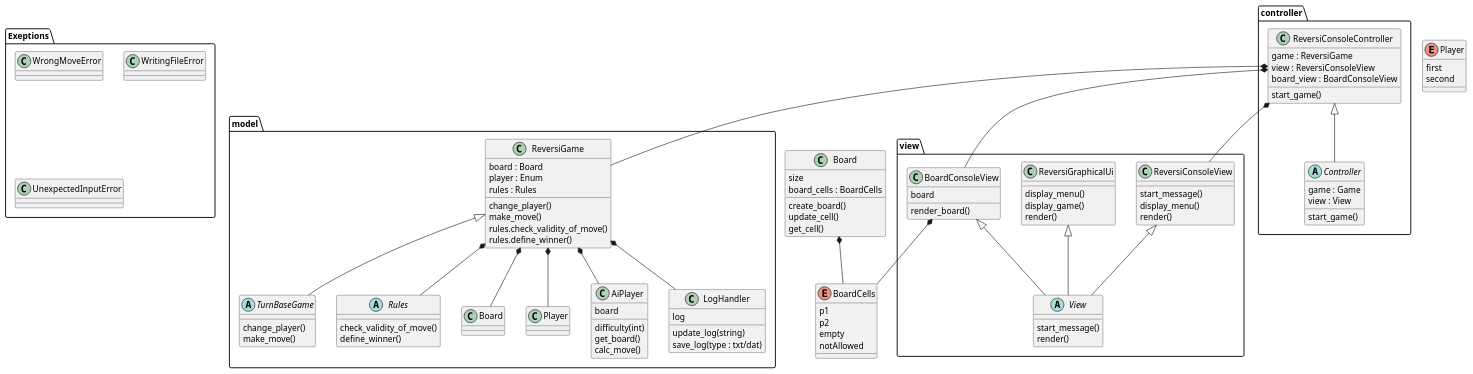
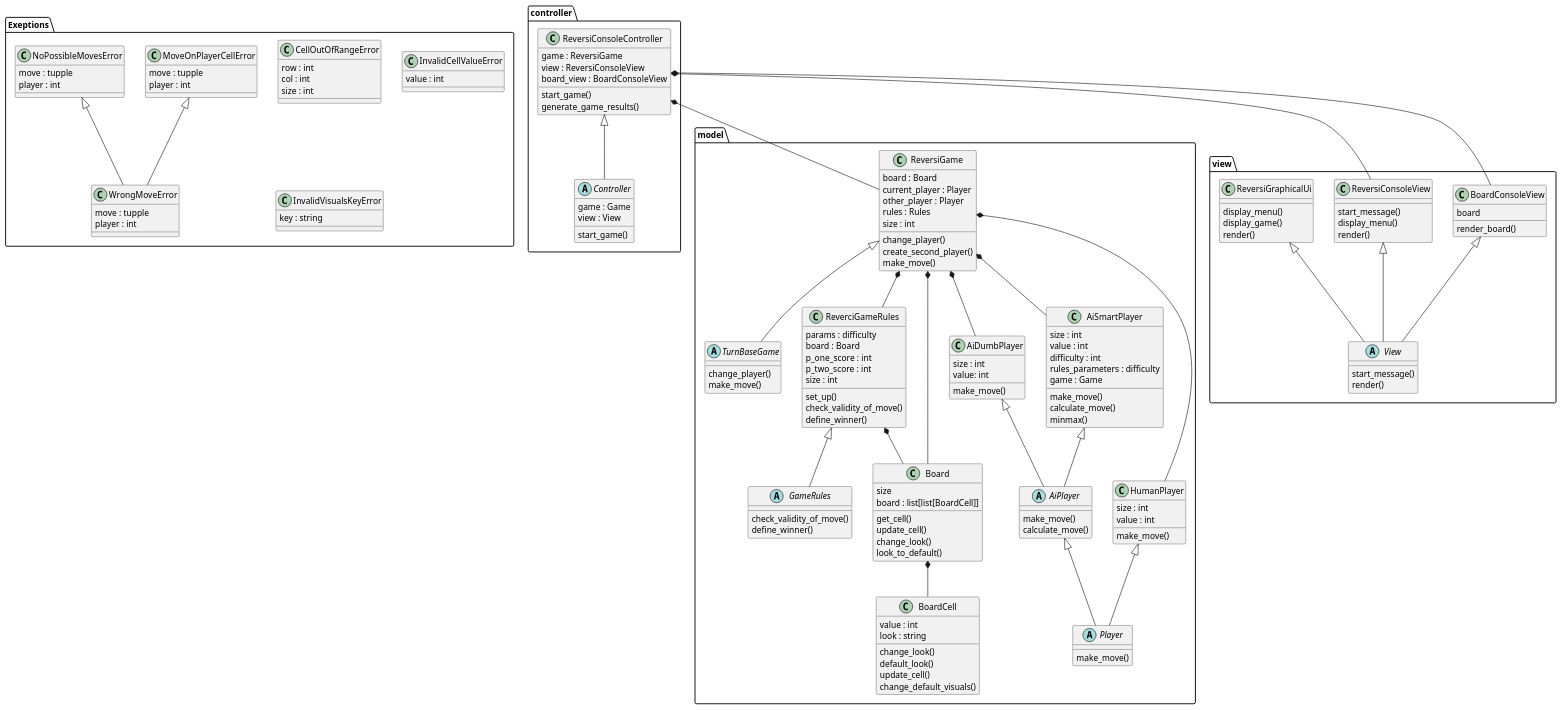
One commit to ImmIm/Brightcode_python_project changed the diagram in project.puml. Above: the diagram before and after it, drawn with PlantUML. The commit also changed 1 other file, not shown here.

Commit message:
Done refactoring diagramm v0.9

```diff
--- a/project.puml
+++ b/project.puml
@@ -7,40 +7,106 @@
     make_move()
     }
 
-    abstract class Rules {
+    abstract class GameRules {
     check_validity_of_move()
     define_winner()
     }
 
-    ReversiGame *-- Rules
-    ReversiGame <|-- TurnBaseGame
-    ReversiGame *-- Board
-    ReversiGame *-- Player
+    class ReverciGameRules {
+        params : difficulty
+        board : Board
+        p_one_score : int
+        p_two_score : int
+        size : int
+        set_up()
+        check_validity_of_move()
+        define_winner()
+    }
+
+    ReversiGame *-- ReverciGameRules
+    ReverciGameRules *-- Board
+    ReverciGameRules <|-- GameRules
 
     class ReversiGame {
         board : Board
-        player : Enum
+        current_player : Player
+        other_player : Player
         rules : Rules
+        size : int
         change_player()
+        create_second_player()
         make_move()
-        rules.check_validity_of_move()
-        rules.define_winner()
     }
 
-    class AiPlayer {
-        board
-        difficulty(int)
-        get_board()
-        calc_move()
+    ReversiGame <|-- TurnBaseGame
+
+
+    abstract class Player {
+        make_move()
     }
 
-    ReversiGame *-- AiPlayer
 
-    class LogHandler {
-        log
-        update_log(string)
-        save_log(type : txt/dat)
+    abstract class AiPlayer {
+        make_move()
+        calculate_move()
     }
+
+    class AiDumbPlayer {
+        size : int
+        value: int
+        make_move()
+    }
+
+    class AiSmartPlayer {
+        size : int
+        value : int
+        difficulty : int
+        rules_parameters : difficulty
+        game : Game
+        make_move()
+        calculate_move()
+        minmax()
+    }
+
+
+    class HumanPlayer {
+        size : int
+        value : int
+        make_move()
+    }
+
+
+    AiPlayer <|-- Player
+    HumanPlayer <|-- Player
+    AiDumbPlayer <|-- AiPlayer
+    AiSmartPlayer <|-- AiPlayer
+
+    ReversiGame *-- HumanPlayer
+    ReversiGame *-- AiDumbPlayer
+    ReversiGame *-- AiSmartPlayer
+
+
+    class Board {
+        size
+        board : list[list[BoardCell]]
+        get_cell()
+        update_cell()
+        change_look()
+        look_to_default()
+    }
+
+    class BoardCell {
+        value : int
+        look : string
+        change_look()
+        default_look()
+        update_cell()
+        change_default_visuals()
+    }
+
+    Board *-- BoardCell
+    ReversiGame *-- Board
+
 }
 
 package view {
@@ -72,7 +138,6 @@
     ReversiGraphicalUi <|-- View
     BoardConsoleView <|-- View
 
-
 }
 
 
@@ -88,47 +153,48 @@
         view : ReversiConsoleView
         board_view : BoardConsoleView
         start_game()
+        generate_game_results()
     }
 }
 
 
-ReversiGame *-- LogHandler
 
-class Board {
-    size
-    board_cells : BoardCells
-    create_board()
-    update_cell()
-    get_cell()
-}
 
-Board *-- BoardCells
-
-enum Player {
-    first
-    second
-}
-
-enum BoardCells {
-    p1
-    p2
-    empty
-    notAllowed
-}
 
 package Exeptions {
 
     class WrongMoveError{
-
+        move : tupple
+        player : int
     }
 
-    class WritingFileError{
-
+    class CellOutOfRangeError{
+        row : int
+        col : int
+        size : int
     }
 
-    class UnexpectedInputError {
+    class InvalidCellValueError {
+        value : int
+    }
 
+    class InvalidVisualsKeyError {
+        key : string
     }
+
+    class MoveOnPlayerCellError {
+        move : tupple
+        player : int
+    }
+
+    class NoPossibleMovesError {
+        move : tupple
+        player : int
+    }
+
+
+MoveOnPlayerCellError <|-- WrongMoveError
+NoPossibleMovesError<|-- WrongMoveError
 }
 
 
@@ -140,7 +206,6 @@
 
 ReversiConsoleController *-- ReversiConsoleView
 ReversiConsoleController *-- BoardConsoleView
-BoardConsoleView *-- BoardCells
 ReversiConsoleController *-- ReversiGame
 
 
```
